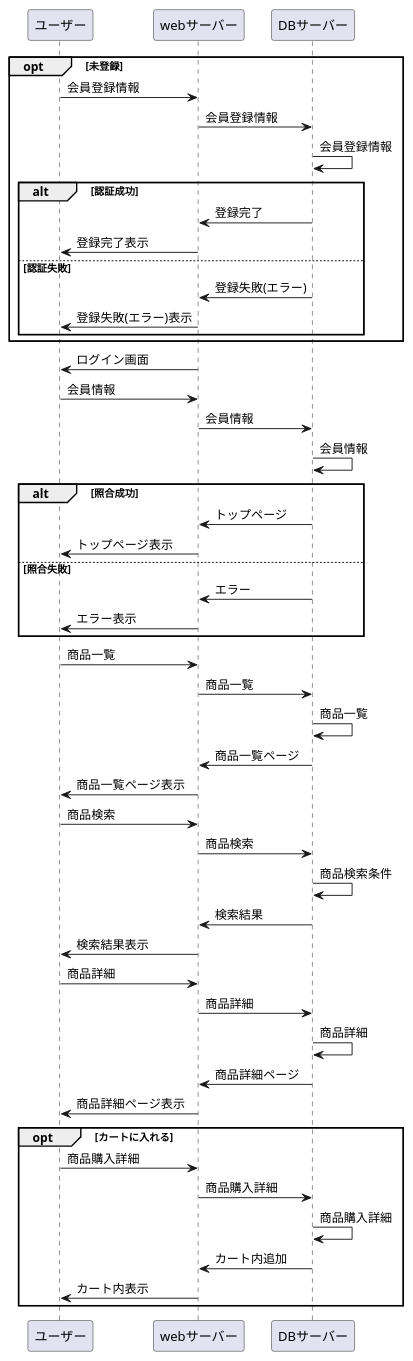
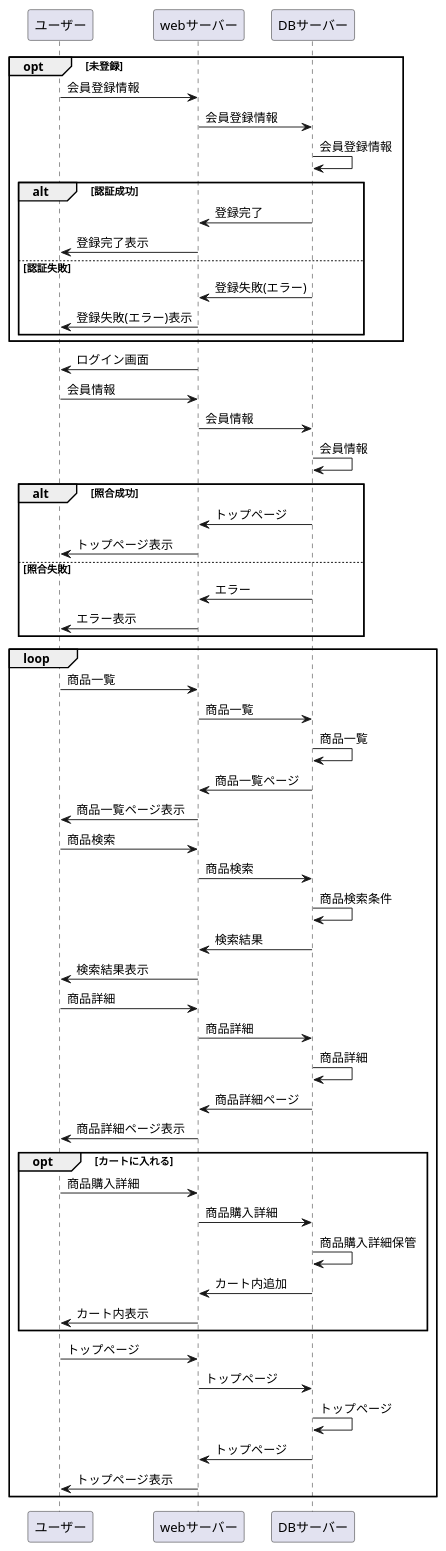
One commit to Aso2001181/2021sys-design changed the diagram in jikosaito.md. Above: the diagram before and after it, drawn with PlantUML.

````diff
--- a/jikosaito.md
+++ b/jikosaito.md
@@ -1,51 +1,58 @@
 ```uml
 @startuml
 opt 未登録
 ユーザー -> webサーバー:会員登録情報
 webサーバー -> DBサーバー:会員登録情報
 DBサーバー -> DBサーバー:会員登録情報
 alt 認証成功
 DBサーバー -> webサーバー:登録完了
 webサーバー -> ユーザー:登録完了表示
 else 認証失敗
 DBサーバー -> webサーバー:登録失敗(エラー)
 webサーバー -> ユーザー:登録失敗(エラー)表示
 end
 end
 
 webサーバー -> ユーザー:ログイン画面
 ユーザー -> webサーバー:会員情報
 webサーバー -> DBサーバー:会員情報
 DBサーバー -> DBサーバー:会員情報
 alt 照合成功
 DBサーバー -> webサーバー:トップページ
 webサーバー -> ユーザー:トップページ表示
 else 照合失敗
 DBサーバー -> webサーバー:エラー
 webサーバー -> ユーザー:エラー表示
 end
 
+loop
 ユーザー -> webサーバー:商品一覧
 webサーバー -> DBサーバー:商品一覧
 DBサーバー -> DBサーバー:商品一覧
 DBサーバー -> webサーバー:商品一覧ページ
 webサーバー -> ユーザー:商品一覧ページ表示
 ユーザー -> webサーバー:商品検索
 webサーバー -> DBサーバー:商品検索
 DBサーバー -> DBサーバー:商品検索条件
 DBサーバー -> webサーバー:検索結果
 webサーバー -> ユーザー:検索結果表示
 ユーザー -> webサーバー:商品詳細
 webサーバー -> DBサーバー:商品詳細
 DBサーバー -> DBサーバー:商品詳細 
 DBサーバー -> webサーバー:商品詳細ページ
 webサーバー -> ユーザー:商品詳細ページ表示
 opt カートに入れる
 ユーザー -> webサーバー:商品購入詳細
 webサーバー -> DBサーバー:商品購入詳細
-DBサーバー -> DBサーバー:商品購入詳細
+DBサーバー -> DBサーバー:商品購入詳細保管
 DBサーバー -> webサーバー:カート内追加
 webサーバー -> ユーザー:カート内表示
 end
+ユーザー -> webサーバー:トップページ
+webサーバー -> DBサーバー:トップページ
+DBサーバー -> DBサーバー:トップページ
+DBサーバー -> webサーバー:トップページ
+webサーバー -> ユーザー:トップページ表示
+end
 @enduml
 ```
````
